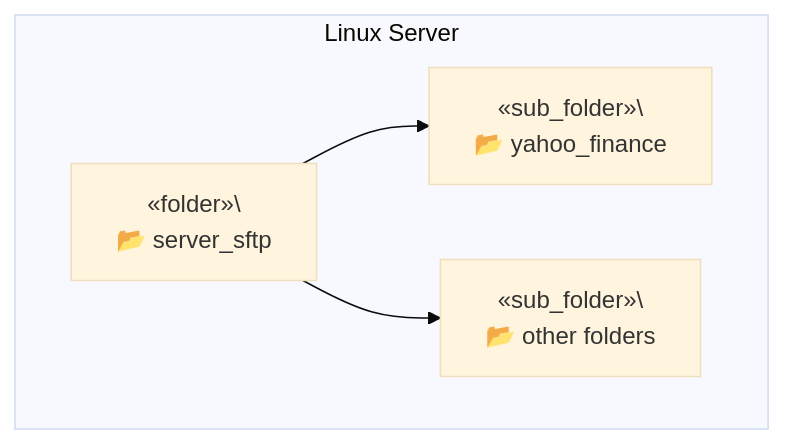
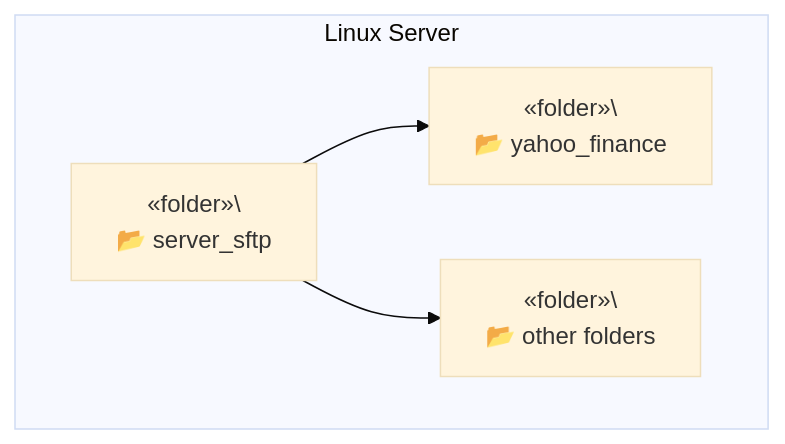
One commit to TrulyDigital/DATA_STREET changed the second of 3 diagrams in server_sftp/README.md. Above: the diagram before and after it, drawn with Mermaid (base theme).

Commit message:
update: server_sftp README.md

````diff
--- a/server_sftp/README.md
+++ b/server_sftp/README.md
@@ -14,11 +14,11 @@
 ```mermaid
 graph TD
     subgraph Contenedor_A [Linux Server]
         A1[&laquo;folder&raquo;\<br/> 📂 server_sftp]
-        A2[&laquo;sub_folder&raquo;\<br/> 📂 yahoo_finance]
-        A3[&laquo;sub_folder&raquo;\<br/> 📂 other folders]
+        A2[&laquo;folder&raquo;\<br/> 📂 yahoo_finance]
+        A3[&laquo;folder&raquo;\<br/> 📂 other folders]
     end
 
     A1 --> A2
     A1 --> A3
 ```
````
